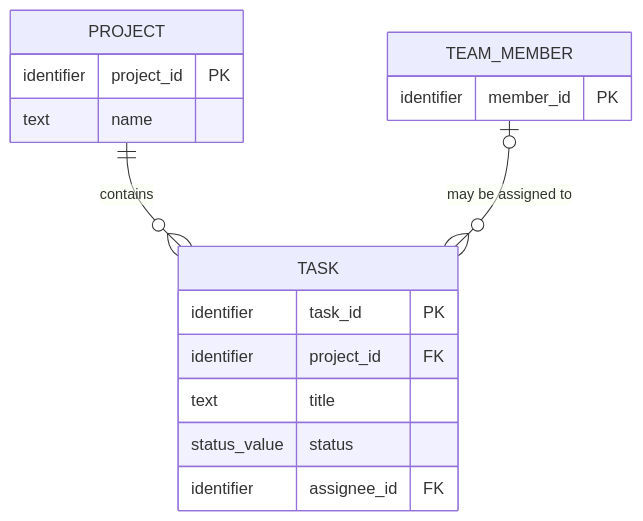
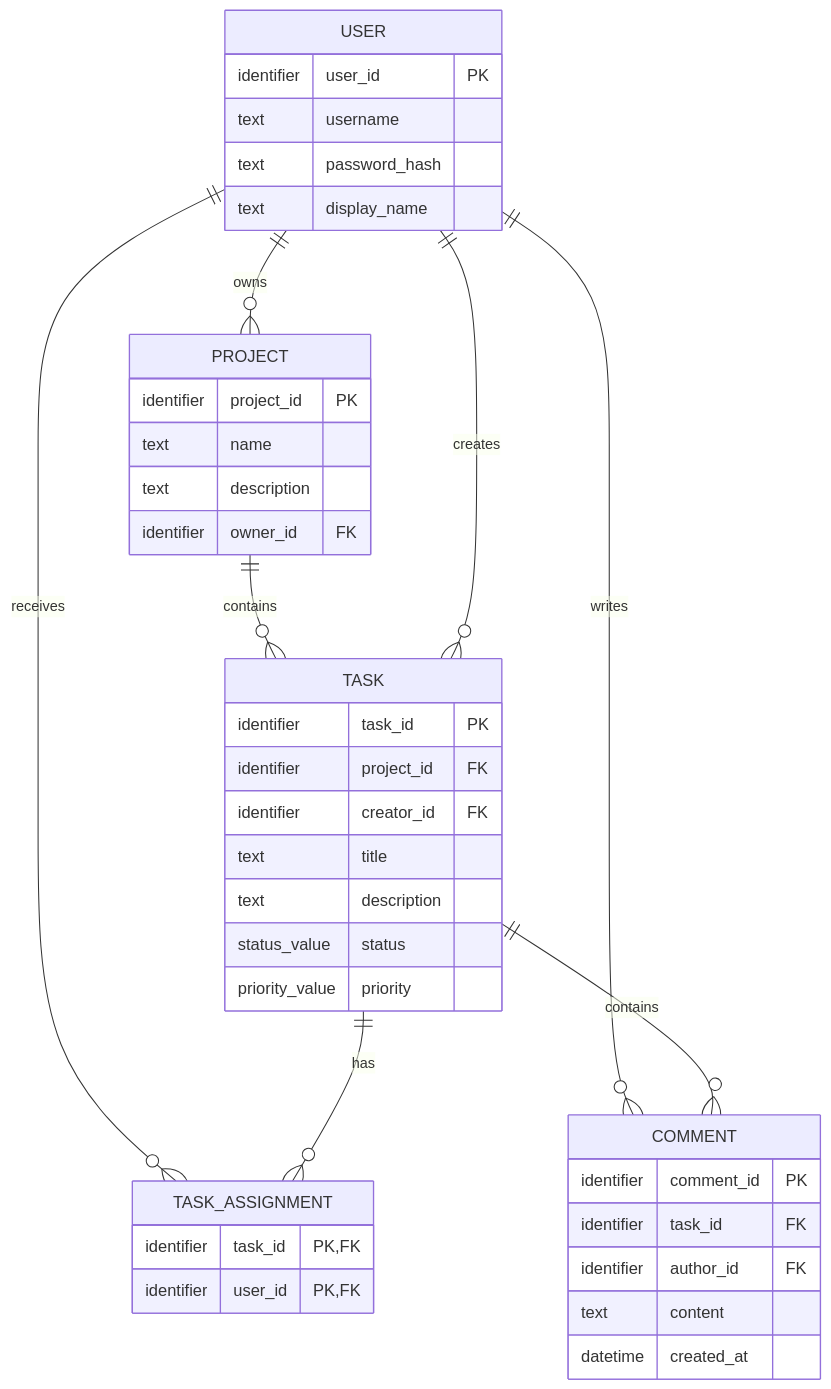
One commit to ClaudiaInesSilva/matriz changed the diagram in docs/database.md. Above: the diagram before and after it, drawn with Mermaid. The commit also changed other lines of this file and 7 other files, not shown here.

````diff
--- a/docs/database.md
+++ b/docs/database.md
@@ -70,20 +143,47 @@
 ```mermaid
 erDiagram
+    USER {
+        identifier user_id PK
+        text username
+        text password_hash
+        text display_name
+    }
+
     PROJECT {
         identifier project_id PK
         text name
+        text description
+        identifier owner_id FK
     }
+
     TASK {
         identifier task_id PK
         identifier project_id FK
+        identifier creator_id FK
         text title
+        text description
         status_value status
-        identifier assignee_id FK
-    }
-    TEAM_MEMBER {
-        identifier member_id PK
+        priority_value priority
     }
 
+    TASK_ASSIGNMENT {
+        identifier task_id PK, FK
+        identifier user_id PK, FK
+    }
+
+    COMMENT {
+        identifier comment_id PK
+        identifier task_id FK
+        identifier author_id FK
+        text content
+        datetime created_at
+    }
+
+    USER ||--o{ PROJECT : owns
     PROJECT ||--o{ TASK : contains
-    TEAM_MEMBER o|--o{ TASK : "may be assigned to"
+    USER ||--o{ TASK : creates
+    USER ||--o{ TASK_ASSIGNMENT : receives
+    TASK ||--o{ TASK_ASSIGNMENT : has
+    USER ||--o{ COMMENT : writes
+    TASK ||--o{ COMMENT : contains
 ```
````
